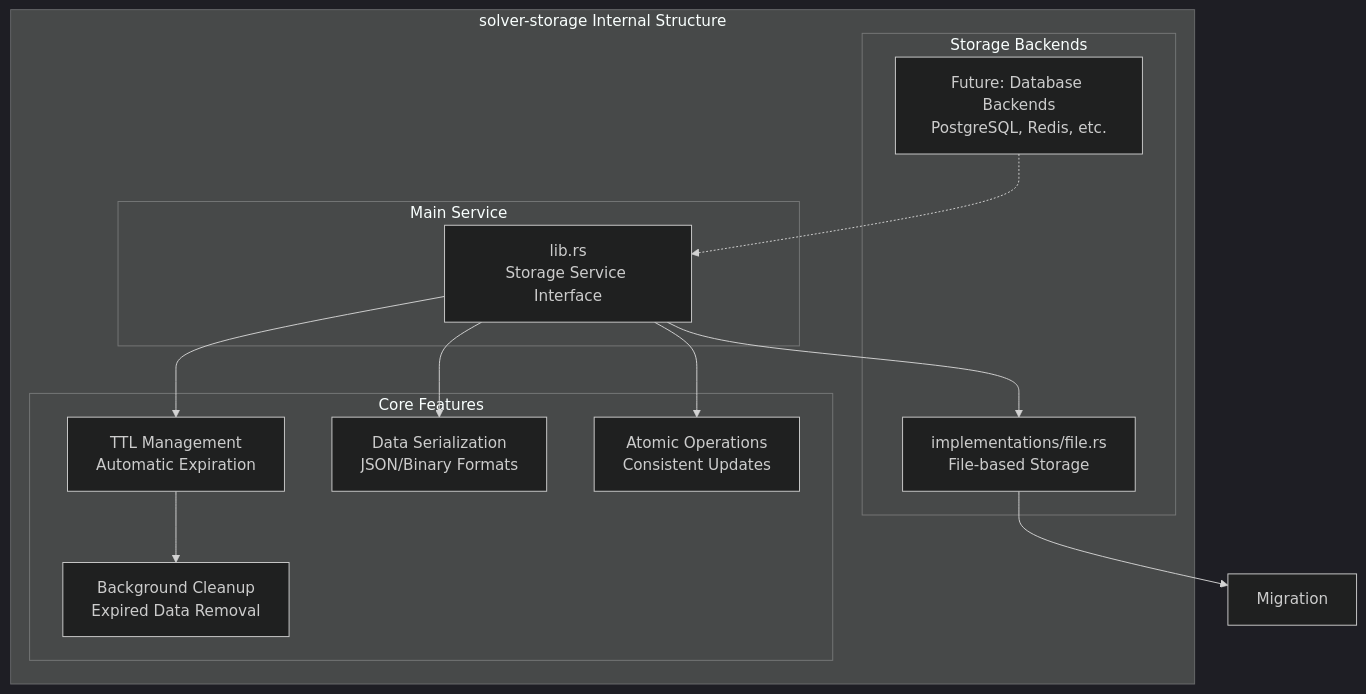
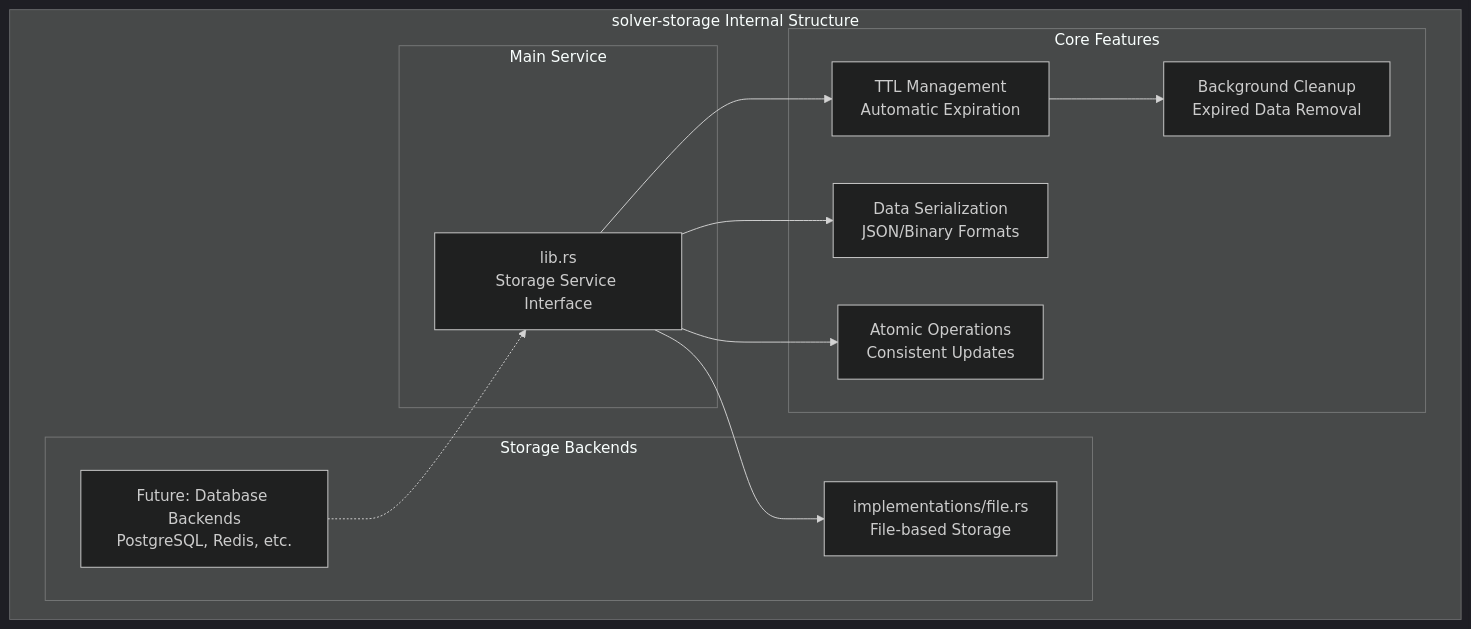
The first of 2 diagrams in docs/developer/crates/solver-storage.md (openintentsframework/oif-solver), drawn with Mermaid (dark theme) before and after one commit. The commit also changed 1 other file, not shown here.

Commit message:
docs: Improvements

````diff
--- a/docs/developer/crates/solver-storage.md
+++ b/docs/developer/crates/solver-storage.md
@@ -9,29 +9,28 @@
 ```mermaid
 graph TB
     subgraph "solver-storage Internal Structure"
         subgraph "Main Service"
             StorageService[lib.rs<br/>Storage Service Interface]
         end
 
         subgraph "Storage Backends"
             FileStorage[implementations/file.rs<br/>File-based Storage]
             FutureBackends[Future: Database Backends<br/>PostgreSQL, Redis, etc.]
         end
 
         subgraph "Core Features"
             TTLManager[TTL Management<br/>Automatic Expiration]
             Serialization[Data Serialization<br/>JSON/Binary Formats]
             AtomicOps[Atomic Operations<br/>Consistent Updates]
             Cleanup[Background Cleanup<br/>Expired Data Removal]
         end
     end
 
     StorageService --> FileStorage
     StorageService --> TTLManager
     StorageService --> Serialization
     StorageService --> AtomicOps
 
     TTLManager --> Cleanup
-    FileStorage --> Migration
     FutureBackends -.-> StorageService
 ```
````
